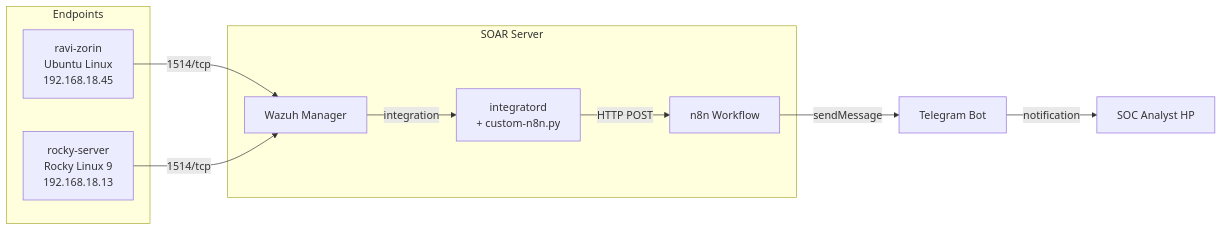
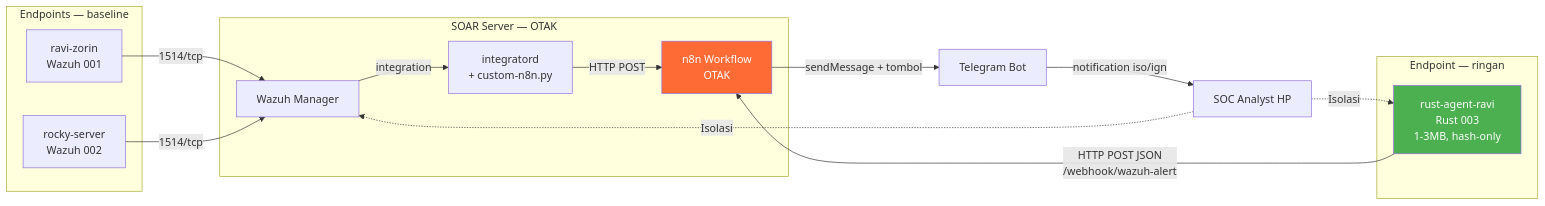
One commit to ravi-arnan/soar-project changed the fourth of 4 diagrams in docs/FLOW.md. Above: the diagram before and after it, drawn with Mermaid. The commit also changed other lines of this file and 15 other files, not shown here.

First line of the commit message:
feat: fleet monitor 100 PC desain Wazuh + heartbeat Rust + diagram otak

````diff
--- a/docs/FLOW.md
+++ b/docs/FLOW.md
@@ -465,19 +474,28 @@
 ```mermaid
 graph LR
-    subgraph "Endpoints"
-        A1[ravi-zorin<br/>Ubuntu Linux<br/>192.168.18.45]
-        A2[rocky-server<br/>Rocky Linux 9<br/>192.168.18.13]
+    subgraph "Endpoints — baseline"
+        A1[ravi-zorin<br/>Wazuh 001]
+        A2[rocky-server<br/>Wazuh 002]
+    end
+    subgraph "Endpoint — ringan"
+        A3[rust-agent-ravi<br/>Rust 003<br/>1-3MB, hash-only]
     end
 
     A1 -->|1514/tcp| MGR
     A2 -->|1514/tcp| MGR
+    A3 -->|HTTP POST JSON<br/>/webhook/wazuh-alert| WF
 
-    subgraph "SOAR Server"
+    subgraph "SOAR Server — OTAK"
         MGR[Wazuh Manager]
         MGR -->|integration| INTG[integratord<br/>+ custom-n8n.py]
-        INTG -->|HTTP POST| WF[n8n Workflow]
+        INTG -->|HTTP POST| WF[n8n Workflow<br/>OTAK]
     end
 
-    WF -->|sendMessage| TG[Telegram Bot]
-    TG -->|notification| HP[SOC Analyst HP]
+    WF -->|sendMessage + tombol| TG[Telegram Bot]
+    TG -->|notification iso/ign| HP[SOC Analyst HP]
+    HP -.->|Isolasi| MGR
+    HP -.->|Isolasi| A3
+
+    style WF fill:#ff6b35,color:#fff
+    style A3 fill:#4caf50,color:#fff
 ```
````
